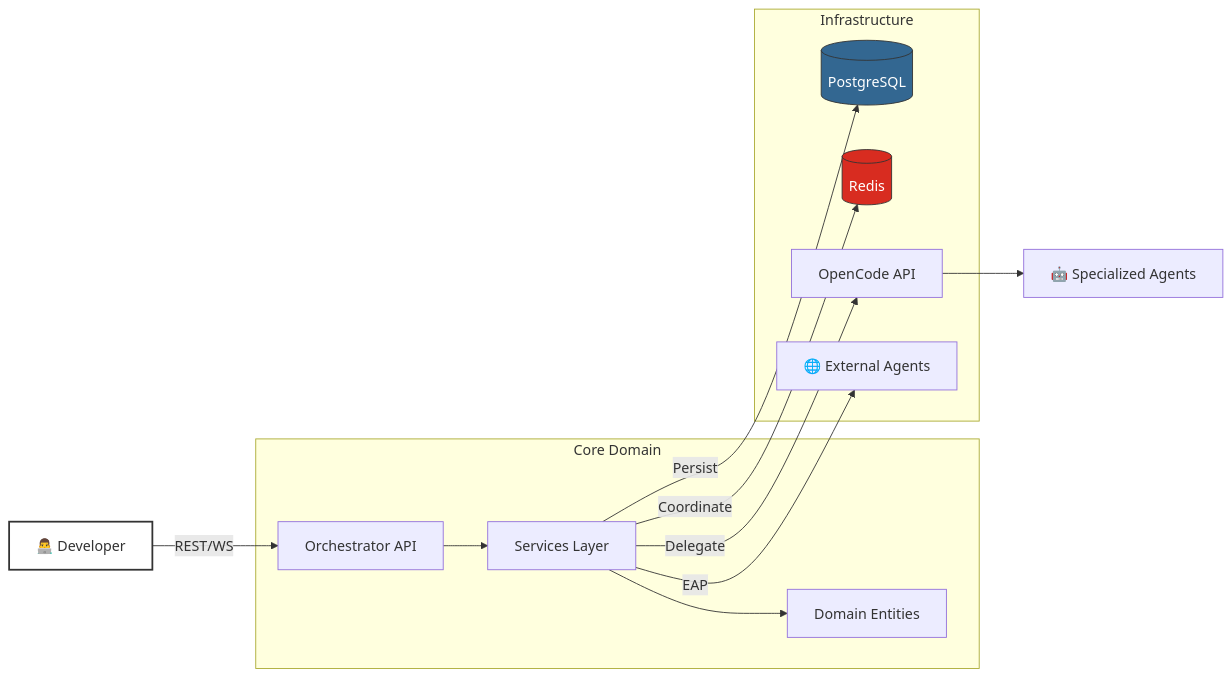
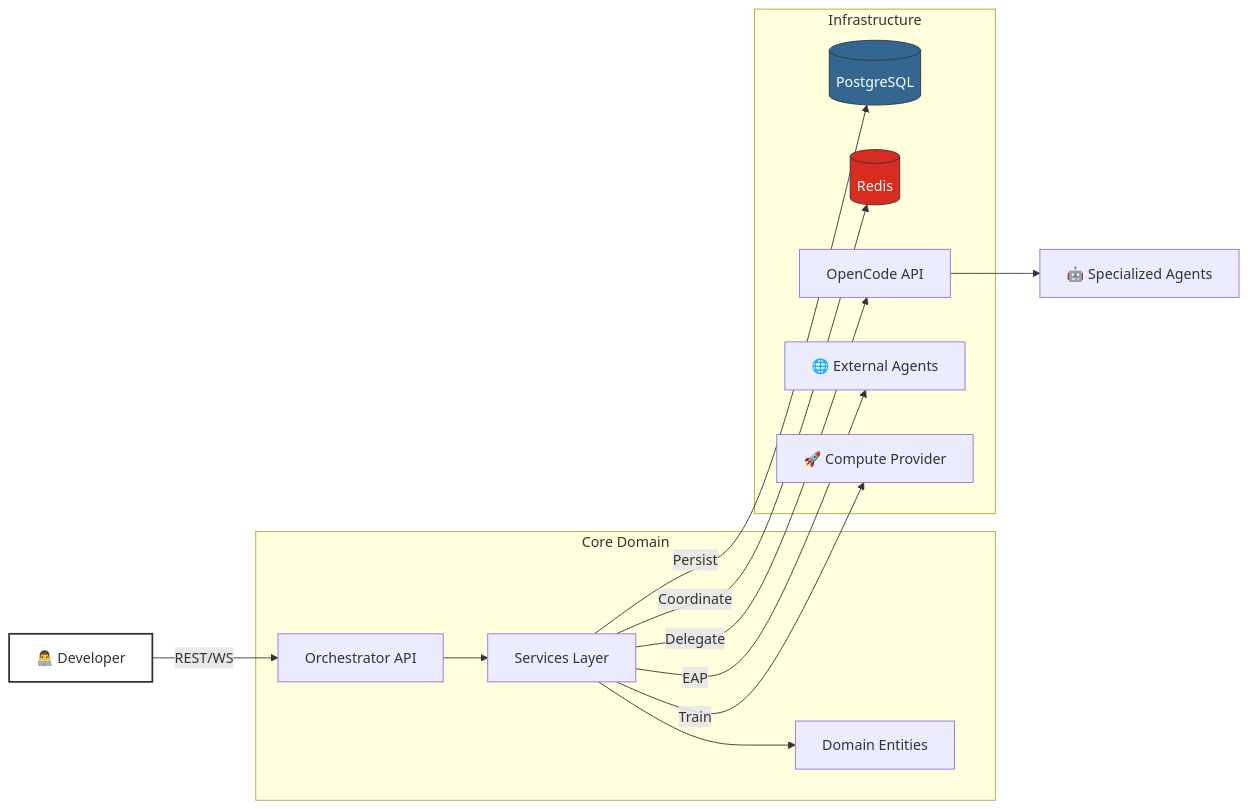
The diagram in README.md (nordeim/OpenCode-Industrial-Orchestrator), drawn with Mermaid before and after one commit. The commit also changed other lines of this file and 39 other files, not shown here.

````diff
--- a/README.md
+++ b/README.md
@@ -91,22 +93,23 @@
 ```mermaid
 graph LR
     User[👨‍💻 Developer] -->|REST/WS| API[Orchestrator API]
     
     subgraph "Core Domain"
         API --> Services[Services Layer]
         Services --> Entities[Domain Entities]
     end
     
     subgraph "Infrastructure"
         Services -->|Persist| PG[(PostgreSQL)]
         Services -->|Coordinate| Redis[(Redis)]
         Services -->|Delegate| OpenCode[OpenCode API]
         Services -->|EAP| ExtAgents[🌐 External Agents]
+        Services -->|Train| GPU[🚀 Compute Provider]
     end
     
     OpenCode --> Agents[🤖 Specialized Agents]
     
     style User fill:#fff,stroke:#333,stroke-width:2px
     style PG fill:#336791,stroke:#333,color:#fff
     style Redis fill:#D82C20,stroke:#333,color:#fff
 ```
````
